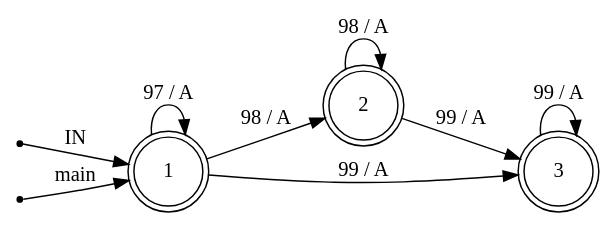
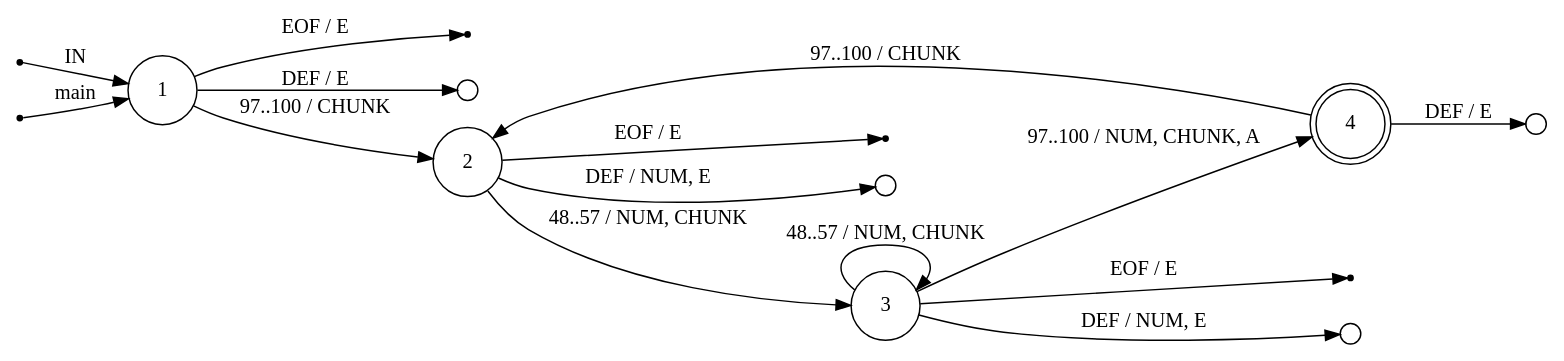
The diagram in sample.gv (pradm007/PracticeRagel), drawn with Graphviz before and after one commit. The commit also changed 30 other files, not shown here.

```diff
--- a/sample.gv
+++ b/sample.gv
@@ -1,20 +1,31 @@
 digraph foo {
 	rankdir=LR;
 	node [ shape = point ];
 	ENTRY;
 	en_1;
+	eof_1;
+	eof_2;
+	eof_3;
 	node [ shape = circle, height = 0.2 ];
+	err_1 [ label=""];
+	err_2 [ label=""];
+	err_3 [ label=""];
+	err_4 [ label=""];
 	node [ fixedsize = true, height = 0.65, shape = doublecircle ];
-	1;
-	2;
-	3;
+	4;
 	node [ shape = circle ];
-	1 -> 1 [ label = "97 / A" ];
-	1 -> 2 [ label = "98 / A" ];
-	1 -> 3 [ label = "99 / A" ];
-	2 -> 2 [ label = "98 / A" ];
-	2 -> 3 [ label = "99 / A" ];
-	3 -> 3 [ label = "99 / A" ];
+	1 -> 2 [ label = "97..100 / CHUNK" ];
+	1 -> err_1 [ label = "DEF / E" ];
+	2 -> 3 [ label = "48..57 / NUM, CHUNK" ];
+	2 -> err_2 [ label = "DEF / NUM, E" ];
+	3 -> 3 [ label = "48..57 / NUM, CHUNK" ];
+	3 -> 4 [ label = "97..100 / NUM, CHUNK, A" ];
+	3 -> err_3 [ label = "DEF / NUM, E" ];
+	4 -> 2 [ label = "97..100 / CHUNK" ];
+	4 -> err_4 [ label = "DEF / E" ];
 	ENTRY -> 1 [ label = "IN" ];
 	en_1 -> 1 [ label = "main" ];
+	1 -> eof_1 [ label = "EOF / E" ];
+	2 -> eof_2 [ label = "EOF / E" ];
+	3 -> eof_3 [ label = "EOF / E" ];
 }
```
